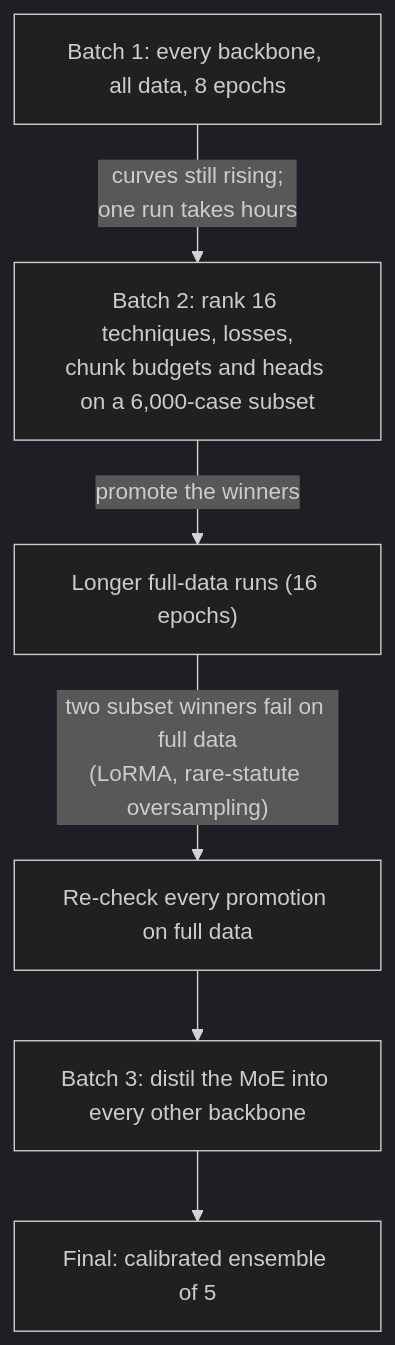
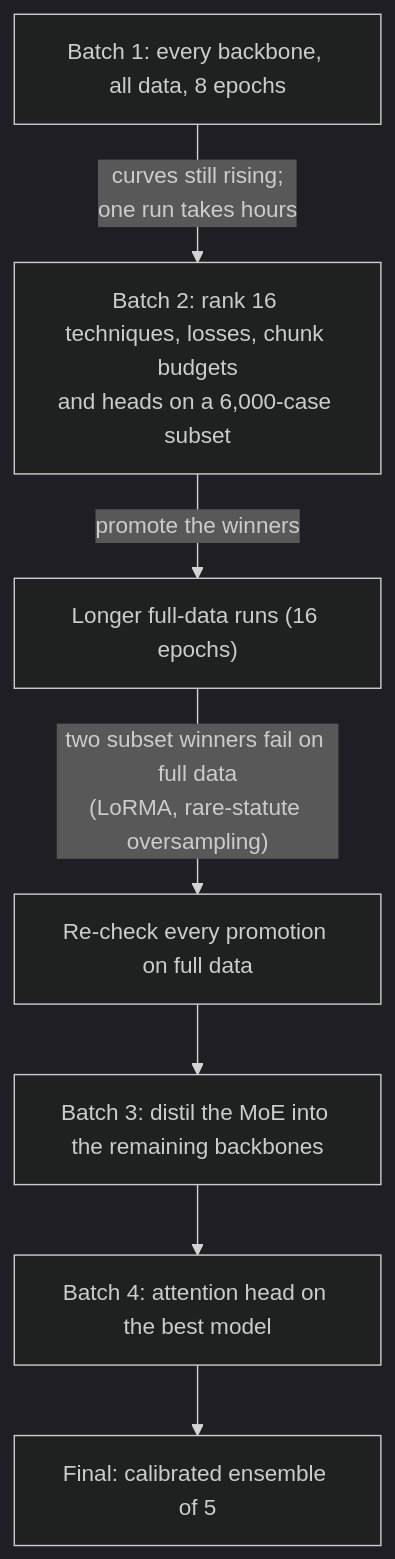
One commit to kavin123-git/CS781_Capstone changed the third of 4 diagrams in phase5-statute-identification/README.md. Above: the diagram before and after it, drawn with Mermaid (dark theme). The commit also changed other lines of this file, not shown here.

````diff
--- a/phase5-statute-identification/README.md
+++ b/phase5-statute-identification/README.md
@@ -26,8 +213,9 @@
 ```mermaid
 flowchart TD
-    A["Batch 1: every backbone, all data, 8 epochs"] -->|"curves still rising;<br/>one run takes hours"| B["Batch 2: rank 16 techniques, losses,<br/>chunk budgets and heads on a 6,000-case subset"]
+    A["Batch 1: every backbone, all data, 8 epochs"] -->|"curves still rising;<br/>one run takes hours"| B["Batch 2: rank 16 techniques, losses, chunk budgets<br/>and heads on a 6,000-case subset"]
     B -->|"promote the winners"| C["Longer full-data runs (16 epochs)"]
     C -->|"two subset winners fail on full data<br/>(LoRMA, rare-statute oversampling)"| D["Re-check every promotion on full data"]
-    D --> E["Batch 3: distil the MoE into every other backbone"]
-    E --> F["Final: calibrated ensemble of 5"]
+    D --> E["Batch 3: distil the MoE into the remaining backbones"]
+    E --> F["Batch 4: attention head on the best model"]
+    F --> G["Final: calibrated ensemble of 5"]
 ```
````
